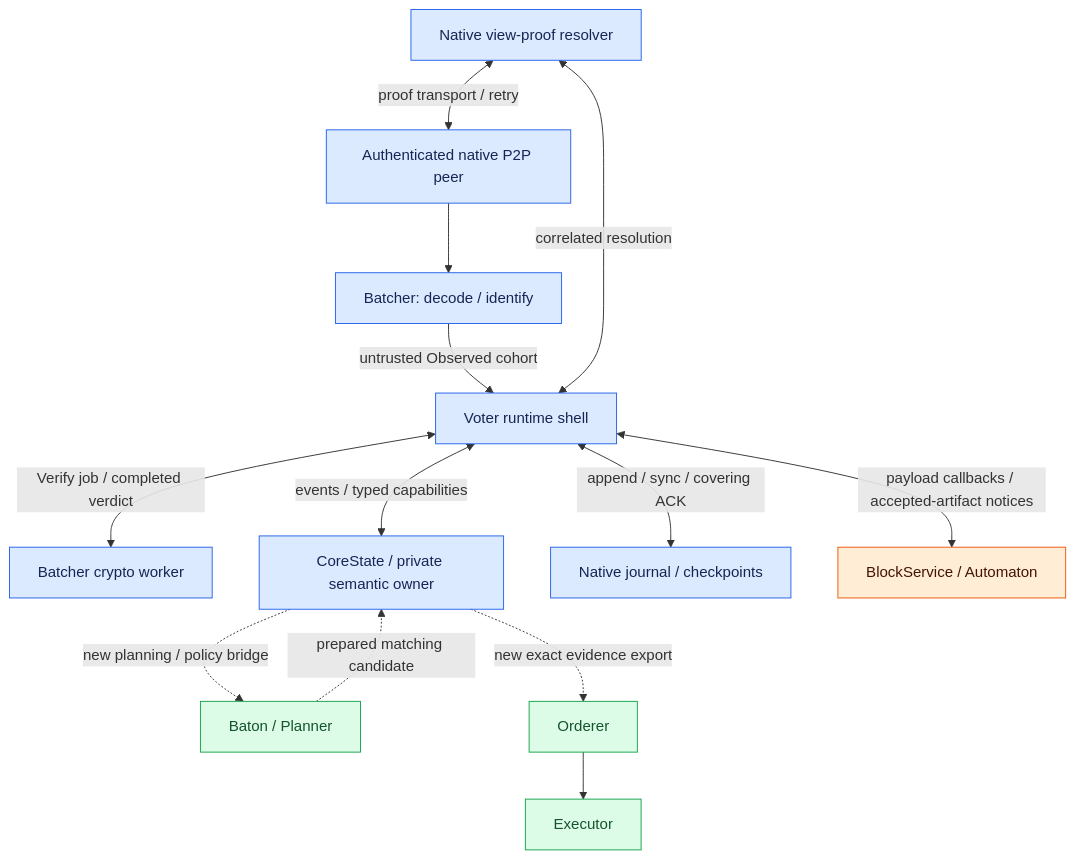
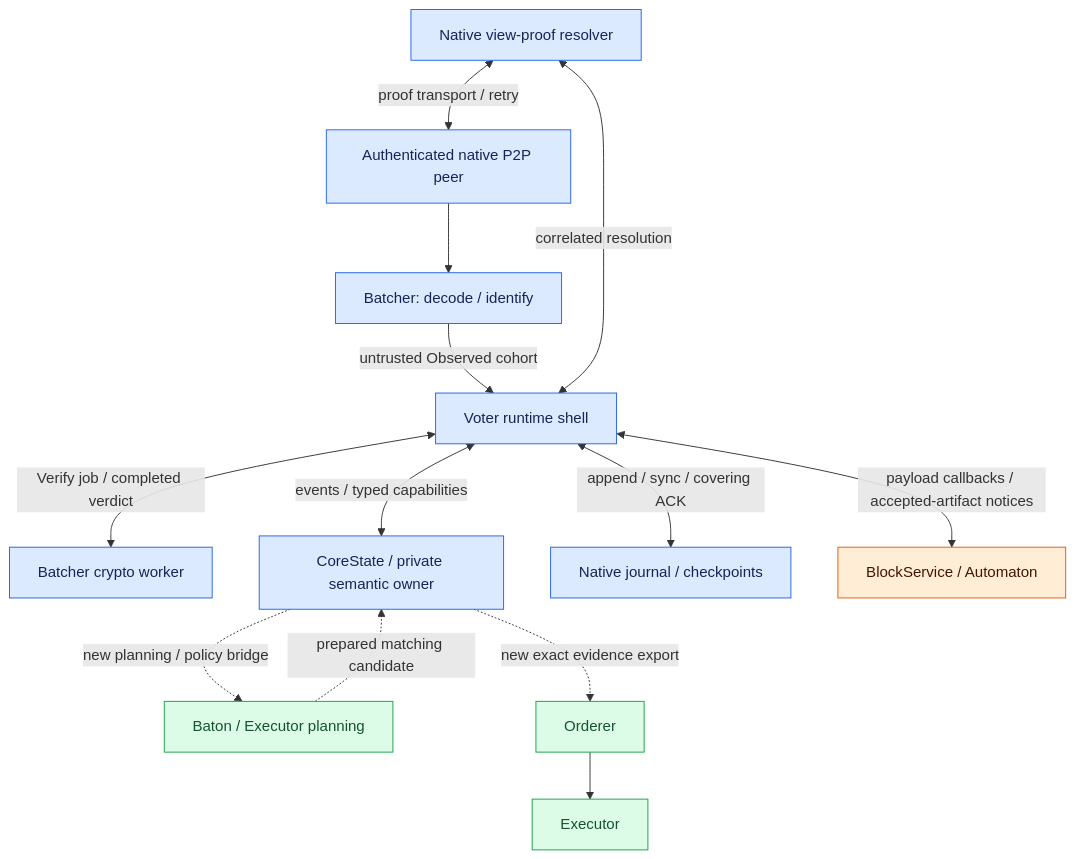
One commit to djm07073/baton-research changed the diagram in docs/consensus/README.md. Above: the diagram before and after it, drawn with Mermaid. The commit also changed 61 other files, not shown here.

Commit message:
Merge planning and parent-linked execution tree into Executor

````diff
--- a/docs/consensus/README.md
+++ b/docs/consensus/README.md
@@ -17,21 +17,21 @@
 ```mermaid
 flowchart TB
     W[Authenticated native P2P peer] --> B[Batcher: decode / identify]
     B -->|untrusted Observed cohort| V[Voter runtime shell]
     V <-->|Verify job / completed verdict| K[Batcher crypto worker]
     R[Native view-proof resolver] <-->|proof transport / retry| W
     R <-->|correlated resolution| V
     V <-->|events / typed capabilities| C[CoreState / private semantic owner]
     V <-->|append / sync / covering ACK| J[Native journal / checkpoints]
     V <-->|payload callbacks / accepted-artifact notices| A[BlockService / Automaton]
-    C -. new planning / policy bridge .-> P[Baton / Planner]
+    C -. new planning / policy bridge .-> P[Baton / Executor planning]
     P -. prepared matching candidate .-> C
     C -. new exact evidence export .-> D[Orderer]
     D --> E[Executor]
     classDef reuse fill:#dbeafe,stroke:#2563eb,color:#172554;
     classDef adapt fill:#ffedd5,stroke:#ea580c,color:#431407;
     classDef fresh fill:#dcfce7,stroke:#16a34a,color:#14532d;
     class W,B,K,V,R,C,J reuse;
     class A adapt;
     class P,D,E fresh;
 ```
````
